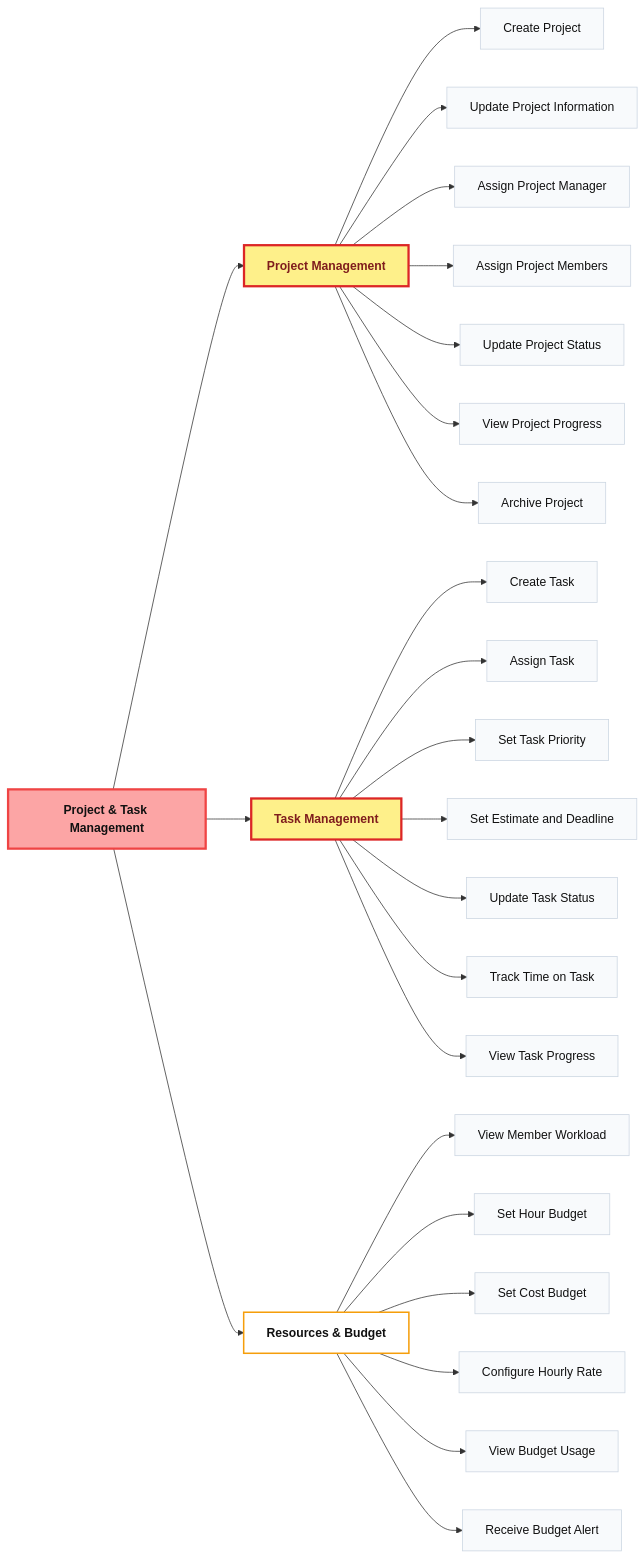
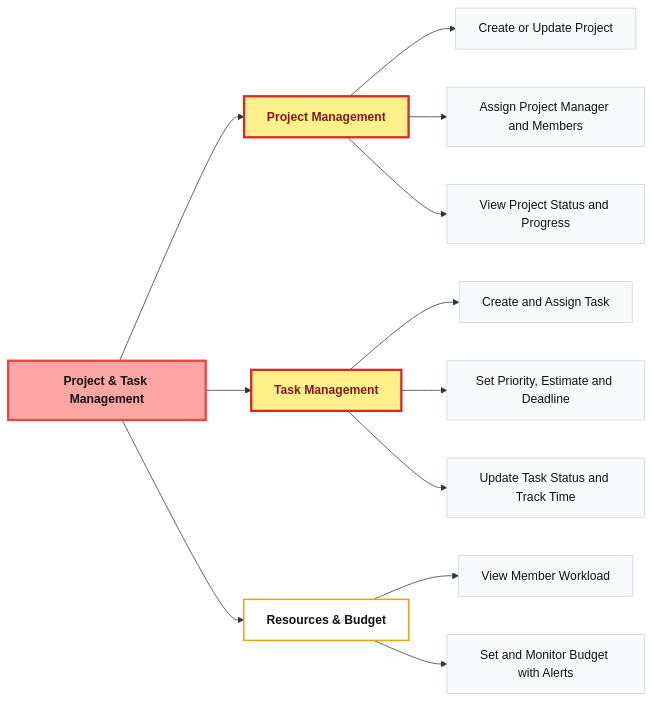
One commit to Hagiakhanh/HR-Workforce-Management changed the seventh of 10 diagrams in README.md. Above: the diagram before and after it, drawn with Mermaid. The commit also changed other lines of this file, not shown here.

Commit message:
list all usecase

````diff
--- a/README.md
+++ b/README.md
@@ -303,41 +263,29 @@
 ```mermaid
 flowchart LR
     classDef module fill:#fca5a5,stroke:#ef4444,stroke-width:3px,color:#111,font-weight:bold;
     classDef feature fill:#ffffff,stroke:#f59e0b,stroke-width:2px,color:#111,font-weight:bold;
     classDef important fill:#fef08a,stroke:#dc2626,stroke-width:3px,color:#7f1d1d,font-weight:bold;
     classDef usecase fill:#f8fafc,stroke:#cbd5e1,color:#111;
 
     PROJECTS["Project & Task Management"]
 
     PROJECTS --> PROJECT["Project Management"]
     PROJECTS --> TASK["Task Management"]
     PROJECTS --> RESOURCE["Resources & Budget"]
 
-    PROJECT --> P1["Create Project"]
-    PROJECT --> P2["Update Project Information"]
-    PROJECT --> P3["Assign Project Manager"]
-    PROJECT --> P4["Assign Project Members"]
-    PROJECT --> P5["Update Project Status"]
-    PROJECT --> P6["View Project Progress"]
-    PROJECT --> P7["Archive Project"]
+    PROJECT --> P1["Create or Update Project"]
+    PROJECT --> P2["Assign Project Manager and Members"]
+    PROJECT --> P3["View Project Status and Progress"]
 
-    TASK --> T1["Create Task"]
-    TASK --> T2["Assign Task"]
-    TASK --> T3["Set Task Priority"]
-    TASK --> T4["Set Estimate and Deadline"]
-    TASK --> T5["Update Task Status"]
-    TASK --> T6["Track Time on Task"]
-    TASK --> T7["View Task Progress"]
+    TASK --> T1["Create and Assign Task"]
+    TASK --> T2["Set Priority, Estimate and Deadline"]
+    TASK --> T3["Update Task Status and Track Time"]
 
     RESOURCE --> R1["View Member Workload"]
-    RESOURCE --> R2["Set Hour Budget"]
-    RESOURCE --> R3["Set Cost Budget"]
-    RESOURCE --> R4["Configure Hourly Rate"]
-    RESOURCE --> R5["View Budget Usage"]
-    RESOURCE --> R6["Receive Budget Alert"]
+    RESOURCE --> R2["Set and Monitor Budget with Alerts"]
 
     class PROJECTS module;
     class PROJECT,TASK,RESOURCE feature;
     class PROJECT,TASK important;
-    class P1,P2,P3,P4,P5,P6,P7,T1,T2,T3,T4,T5,T6,T7,R1,R2,R3,R4,R5,R6 usecase;
+    class P1,P2,P3,T1,T2,T3,R1,R2 usecase;
 ```
````
